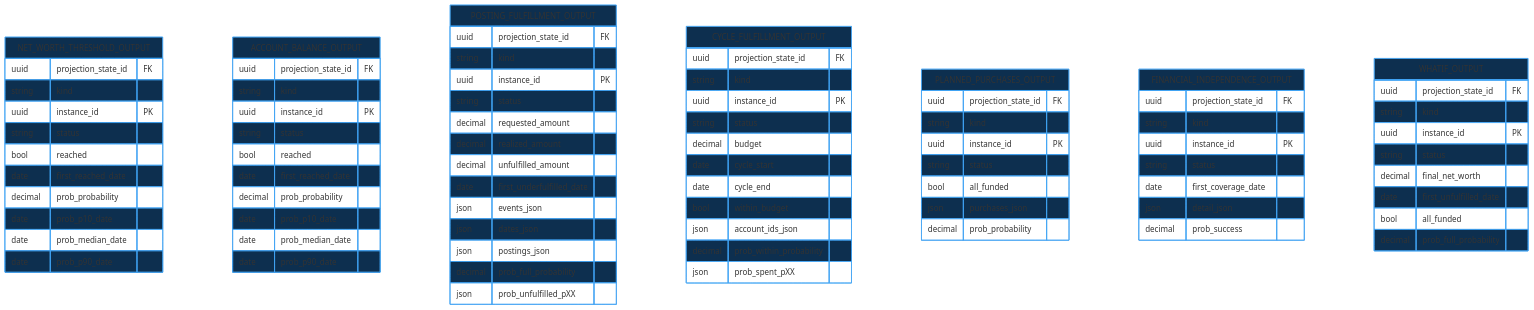
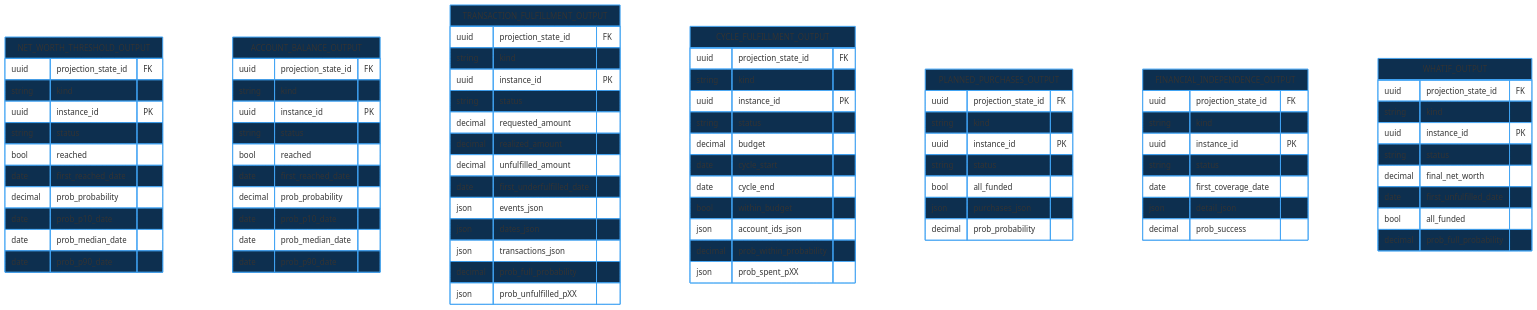
One commit to SimHoZebs/net-worth-estimator changed the diagram in docs/diagrams/changes/new-tables.mmd. Above: the diagram before and after it, drawn with Mermaid. The commit also changed 528 other files, not shown here.

First line of the commit message:
refactor: rename stored posting vocabulary to transactions

```diff
--- a/docs/diagrams/changes/new-tables.mmd
+++ b/docs/diagrams/changes/new-tables.mmd
@@ -1,89 +1,89 @@
 erDiagram
     NET_WORTH_THRESHOLD_OUTPUT {
         uuid projection_state_id FK
         string kind
         uuid instance_id PK
         string status
         bool reached
         date first_reached_date
         decimal prob_probability
         date prob_p10_date
         date prob_median_date
         date prob_p90_date
     }
     ACCOUNT_BALANCE_OUTPUT {
         uuid projection_state_id FK
         string kind
         uuid instance_id PK
         string status
         bool reached
         date first_reached_date
         decimal prob_probability
         date prob_p10_date
         date prob_median_date
         date prob_p90_date
     }
-    POSTING_FULFILLMENT_OUTPUT {
+    TRANSACTION_FULFILLMENT_OUTPUT {
         uuid projection_state_id FK
         string kind
         uuid instance_id PK
         string status
         decimal requested_amount
         decimal realized_amount
         decimal unfulfilled_amount
         date first_underfulfilled_date
         json events_json
         json dates_json
-        json postings_json
+        json transactions_json
         decimal prob_full_probability
         json prob_unfulfilled_pXX
     }
     CYCLE_FULFILLMENT_OUTPUT {
         uuid projection_state_id FK
         string kind
         uuid instance_id PK
         string status
         decimal budget
         date cycle_start
         date cycle_end
         bool within_budget
         json account_ids_json
         decimal prob_within_probability
         json prob_spent_pXX
     }
     PLANNED_PURCHASES_OUTPUT {
         uuid projection_state_id FK
         string kind
         uuid instance_id PK
         string status
         bool all_funded
         json purchases_json
         decimal prob_probability
     }
     FINANCIAL_INDEPENDENCE_OUTPUT {
         uuid projection_state_id FK
         string kind
         uuid instance_id PK
         string status
         date first_coverage_date
         json detail_json
         decimal prob_success
     }
     WHATIF_OUTPUT {
         uuid projection_state_id FK
         string kind
         uuid instance_id PK
         string status
         decimal final_net_worth
         date first_unfulfilled_date
         bool all_funded
         decimal prob_full_probability
     }
 
     style NET_WORTH_THRESHOLD_OUTPUT fill:#0d2f4f,stroke:#42a5f5
     style ACCOUNT_BALANCE_OUTPUT fill:#0d2f4f,stroke:#42a5f5
-    style POSTING_FULFILLMENT_OUTPUT fill:#0d2f4f,stroke:#42a5f5
+    style TRANSACTION_FULFILLMENT_OUTPUT fill:#0d2f4f,stroke:#42a5f5
     style CYCLE_FULFILLMENT_OUTPUT fill:#0d2f4f,stroke:#42a5f5
     style PLANNED_PURCHASES_OUTPUT fill:#0d2f4f,stroke:#42a5f5
     style FINANCIAL_INDEPENDENCE_OUTPUT fill:#0d2f4f,stroke:#42a5f5
     style WHATIF_OUTPUT fill:#0d2f4f,stroke:#42a5f5
```
